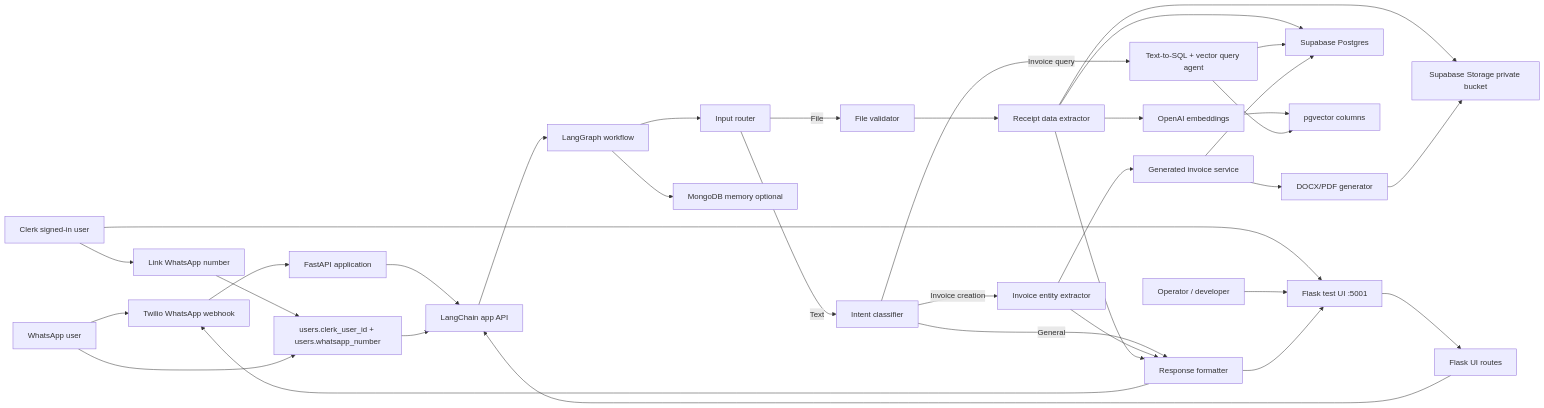
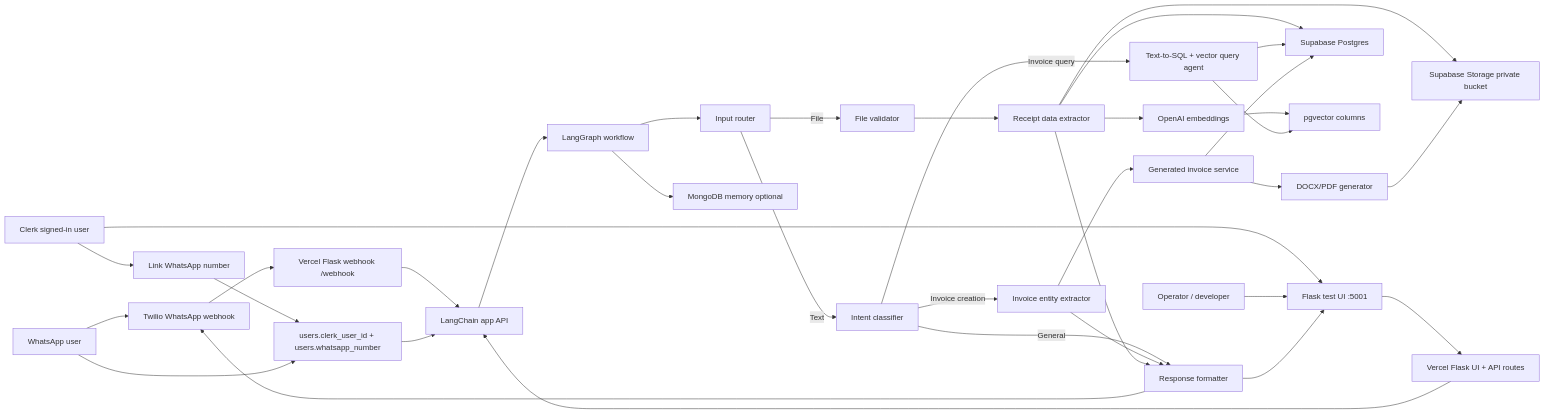
The first of 2 diagrams in README.md (Abby263/whatsapp-invoice-assistant), drawn with Mermaid before and after one commit. The commit also changed other lines of this file and 19 other files, not shown here.

````diff
--- a/README.md
+++ b/README.md
@@ -55,43 +55,43 @@
 ```mermaid
 flowchart LR
     W["WhatsApp user"] --> T["Twilio WhatsApp webhook"]
     C["Clerk signed-in user"] --> UI
     C --> LINK["Link WhatsApp number"]
     LINK --> UMAP["users.clerk_user_id + users.whatsapp_number"]
     W --> UMAP
     O["Operator / developer"] --> UI["Flask test UI :5001"]
 
-    T --> API["FastAPI application"]
-    UI --> UIF["Flask UI routes"]
+    T --> API["Vercel Flask webhook /webhook"]
+    UI --> UIF["Vercel Flask UI + API routes"]
     UIF --> LAPI["LangChain app API"]
     API --> LAPI
     UMAP --> LAPI
 
     LAPI --> WF["LangGraph workflow"]
     WF --> R["Input router"]
     R -->|Text| IC["Intent classifier"]
     R -->|File| FV["File validator"]
 
     IC -->|Invoice query| SQL["Text-to-SQL + vector query agent"]
     IC -->|Invoice creation| IE["Invoice entity extractor"]
     IC -->|General| RF["Response formatter"]
 
     FV --> DE["Receipt data extractor"]
     DE --> ST["Supabase Storage private bucket"]
     DE --> PG["Supabase Postgres"]
     DE --> EMB["OpenAI embeddings"]
     EMB --> VEC["pgvector columns"]
 
     SQL --> PG
     SQL --> VEC
     IE --> GINV["Generated invoice service"]
     GINV --> GT["DOCX/PDF generator"]
     GT --> ST
     GINV --> PG
     IE --> RF
     DE --> RF
     RF --> T
     RF --> UI
 
     WF --> MEM["MongoDB memory optional"]
 ```
````
